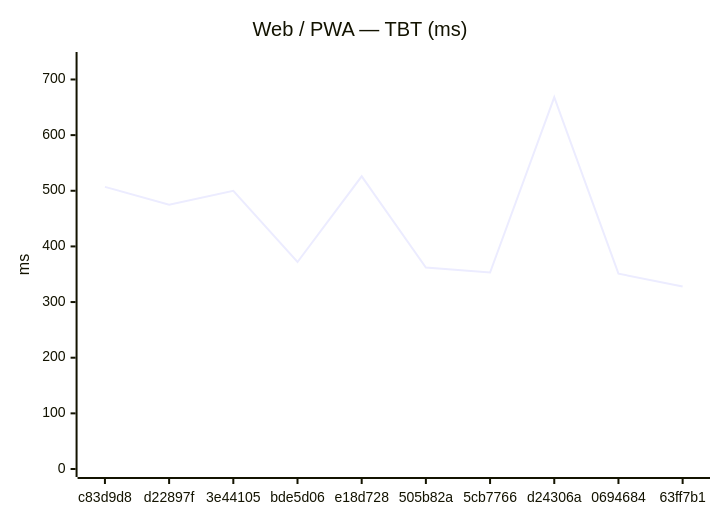
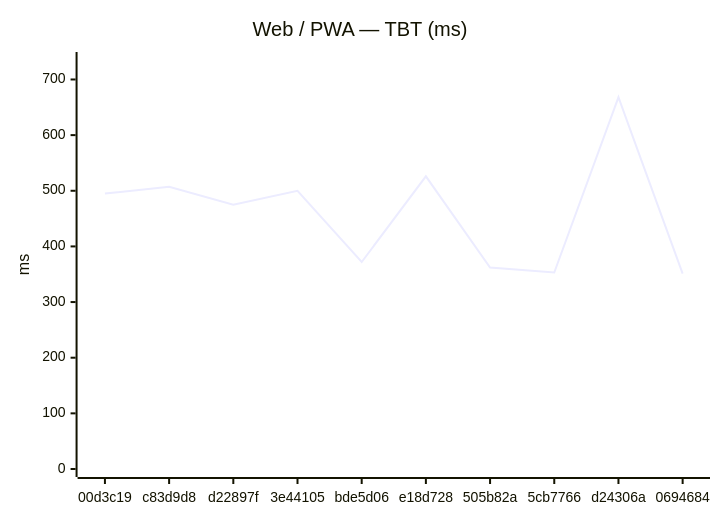
The second of 18 diagrams in benchmarks/compare.md (Metaheurist/Rianell), drawn with Mermaid before and after one commit. The commit also changed other lines of this file and 11 other files, not shown here.

````diff
--- a/benchmarks/compare.md
+++ b/benchmarks/compare.md
@@ -31,7 +31,7 @@
 ```mermaid
 xychart-beta
     title "Web / PWA — TBT (ms)"
-    x-axis ["c83d9d8", "d22897f", "3e44105", "bde5d06", "e18d728", "505b82a", "5cb7766", "d24306a", "0694684", "63ff7b1"]
+    x-axis ["00d3c19", "c83d9d8", "d22897f", "3e44105", "bde5d06", "e18d728", "505b82a", "5cb7766", "d24306a", "0694684"]
     y-axis "ms" 0 --> 735
-    line [507, 475, 500, 372, 526, 362, 353, 668, 351, 328]
+    line [495, 507, 475, 500, 372, 526, 362, 353, 668, 351]
 ```
````
